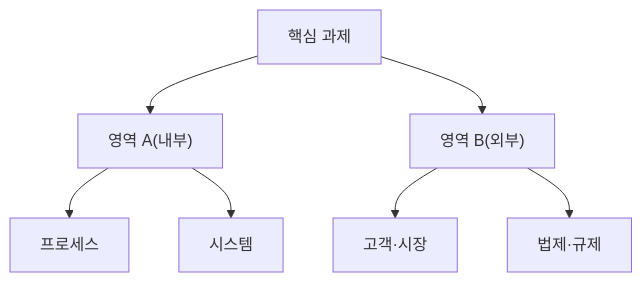
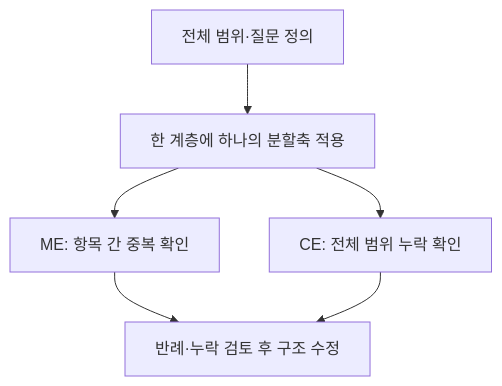
One commit to agnusdei1207/study changed the first of 4 diagrams in src/content/docs/notes/itpe/01-it-strategy/045_mece.md. Above: the diagram before and after it, drawn with Mermaid. The commit also changed other lines of this file and 5 other files, not shown here.

````diff
--- a/src/content/docs/notes/itpe/01-it-strategy/045_mece.md
+++ b/src/content/docs/notes/itpe/01-it-strategy/045_mece.md
@@ -58,9 +59,8 @@
 ```mermaid
 flowchart TD
-    ROOT["핵심 과제"] --> L1_A["영역 A(내부)"]
-    ROOT --> L1_B["영역 B(외부)"]
-    L1_A --> A1["프로세스"]
-    L1_A --> A2["시스템"]
-    L1_B --> B1["고객·시장"]
-    L1_B --> B2["법제·규제"]
+    U["전체 범위·질문 정의"] --> S1["한 계층에 하나의 분할축 적용"]
+    S1 --> ME["ME: 항목 간 중복 확인"]
+    S1 --> CE["CE: 전체 범위 누락 확인"]
+    ME --> R["반례·누락 검토 후 구조 수정"]
+    CE --> R
 ```
````
